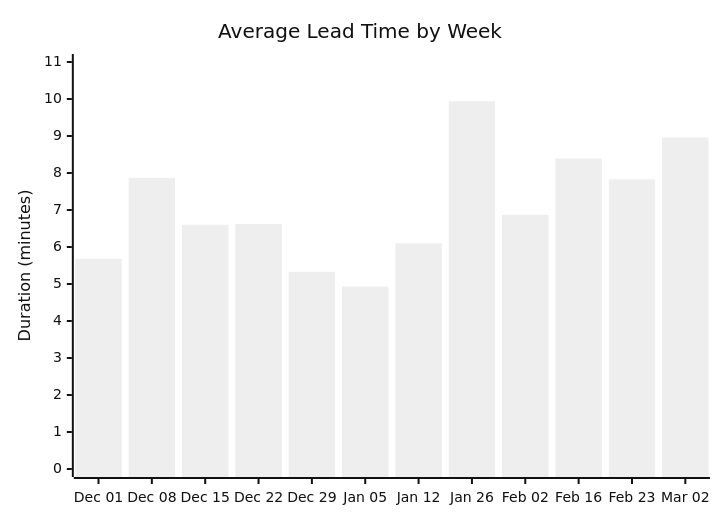
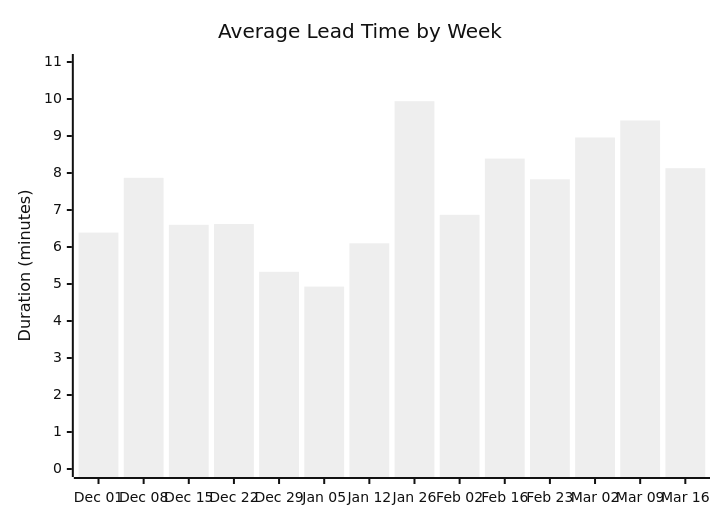
Before and after one commit to ukma-cs-ssdm-2025/rate-ukma: the second of 4 diagrams in docs/ci-cd/dora-summary.md, drawn with Mermaid (neutral theme). The commit also changed other lines of this file, not shown here.

````diff
--- a/docs/ci-cd/dora-summary.md
+++ b/docs/ci-cd/dora-summary.md
@@ -30,7 +30,7 @@
 ```mermaid
 xychart-beta
     title "Average Lead Time by Week"
-    x-axis ["Dec 01", "Dec 08", "Dec 15", "Dec 22", "Dec 29", "Jan 05", "Jan 12", "Jan 26", "Feb 02", "Feb 16", "Feb 23", "Mar 02"]
+    x-axis ["Dec 01", "Dec 08", "Dec 15", "Dec 22", "Dec 29", "Jan 05", "Jan 12", "Jan 26", "Feb 02", "Feb 16", "Feb 23", "Mar 02", "Mar 09", "Mar 16"]
     y-axis "Duration (minutes)" 0 --> 11
-    bar [5.68, 7.87, 6.60, 6.62, 5.33, 4.93, 6.10, 9.94, 6.87, 8.39, 7.83, 8.96]
+    bar [6.39, 7.87, 6.60, 6.62, 5.33, 4.93, 6.10, 9.94, 6.87, 8.39, 7.83, 8.96, 9.42, 8.13]
 ```
````
